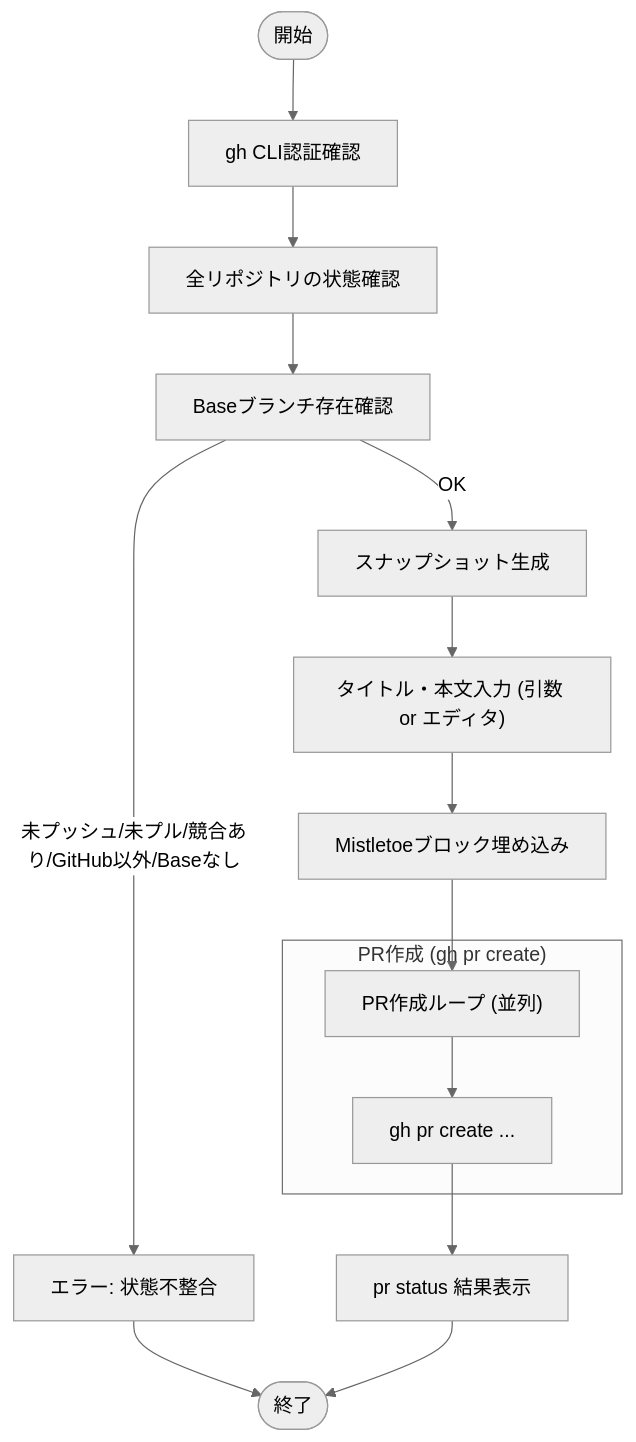
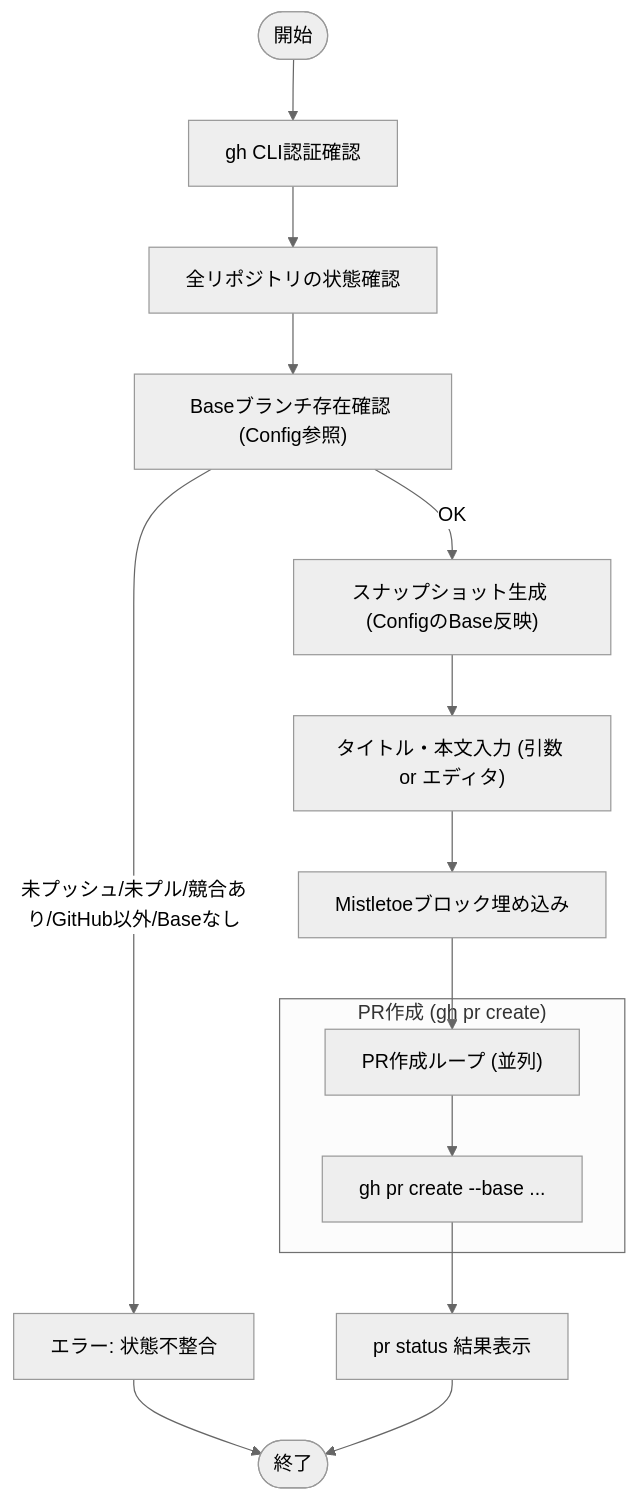
The diagram in docs/internal/app/pr_create.md (keiji/mistletoe), drawn with Mermaid (neutral theme) before and after one commit. The commit also changed other lines of this file and 6 other files, not shown here.

````diff
--- a/docs/internal/app/pr_create.md
+++ b/docs/internal/app/pr_create.md
@@ -26,22 +26,22 @@
 ```mermaid
 flowchart TD
     Start(["開始"]) --> ValidateAuth["gh CLI認証確認"]
     ValidateAuth --> CheckClean["全リポジトリの状態確認"]
-    CheckClean --> VerifyBase["Baseブランチ存在確認"]
+    CheckClean --> VerifyBase["Baseブランチ存在確認 (Config参照)"]
 
     VerifyBase -- "未プッシュ/未プル/競合あり/GitHub以外/Baseなし" --> ErrorState["エラー: 状態不整合"]
-    VerifyBase -- "OK" --> GenSnapshot["スナップショット生成"]
+    VerifyBase -- "OK" --> GenSnapshot["スナップショット生成 (ConfigのBase反映)"]
 
     GenSnapshot --> InputContent["タイトル・本文入力 (引数 or エディタ)"]
     InputContent --> EmbedBlock["Mistletoeブロック埋め込み"]
 
     EmbedBlock --> CreatePRs["PR作成ループ (並列)"]
 
     subgraph "PR作成 (gh pr create)"
-        CreatePRs --> CallGH["gh pr create ..."]
+        CreatePRs --> CallGH["gh pr create --base <ConfigBase> ..."]
     end
 
     CallGH --> ShowStatus["pr status 結果表示"]
     ErrorState --> Stop(["終了"])
     ShowStatus --> Stop
 ```
````
